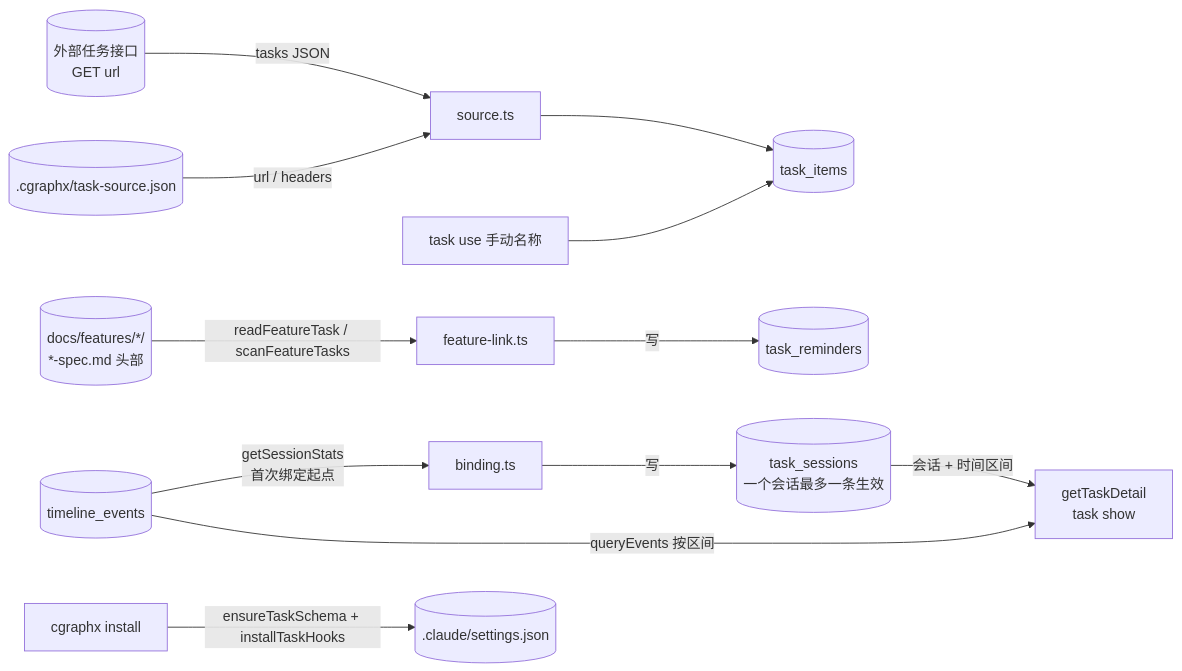
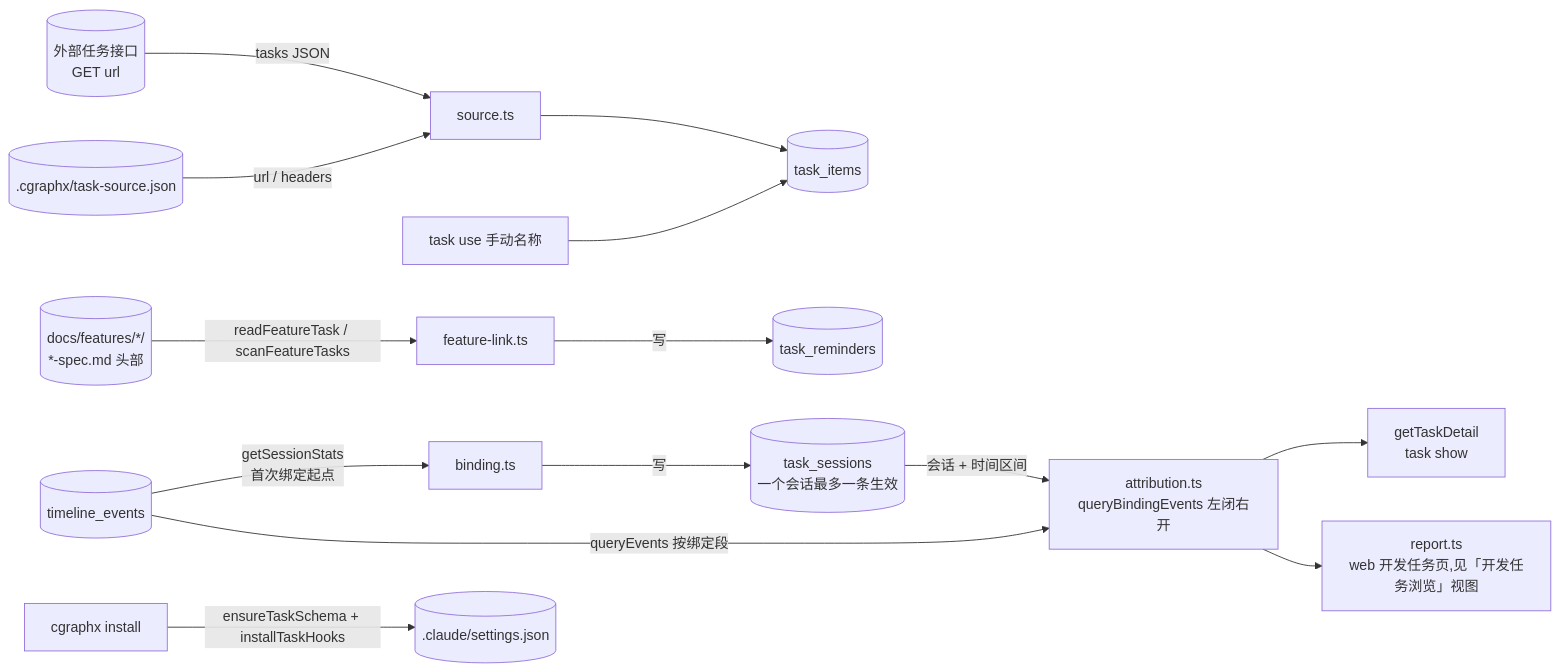
Before and after one commit to smdnkB/cgraphx: the third of 3 diagrams in docs/code-map/flows/开发任务绑定.md, drawn with Mermaid. The commit also changed other lines of this file and 9 other files, not shown here.

First line of the commit message:
docs: 开发任务浏览知识沉淀 + 刷新代码地图

````diff
--- a/docs/code-map/flows/开发任务绑定.md
+++ b/docs/code-map/flows/开发任务绑定.md
@@ -97,14 +98,16 @@
 ```mermaid
 flowchart LR
   api[(外部任务接口<br/>GET url)] -- tasks JSON --> src[source.ts]
   cfg[(.cgraphx/task-source.json)] -- url / headers --> src
   src --> items[(task_items)]
   manual[task use 手动名称] --> items
   bind[binding.ts] -- 写 --> sess[(task_sessions<br/>一个会话最多一条生效)]
   fl[feature-link.ts] -- 写 --> rem[(task_reminders)]
   specs[(docs/features/*/<br/>*-spec.md 头部)] -- readFeatureTask / scanFeatureTasks --> fl
   ev[(timeline_events)] -- getSessionStats<br/>首次绑定起点 --> bind
-  sess -- 会话 + 时间区间 --> show[getTaskDetail<br/>task show]
-  ev -- queryEvents 按区间 --> show
+  sess -- 会话 + 时间区间 --> attr[attribution.ts<br/>queryBindingEvents 左闭右开]
+  ev -- queryEvents 按绑定段 --> attr
+  attr --> show[getTaskDetail<br/>task show]
+  attr --> rep[report.ts<br/>web 开发任务页,见「开发任务浏览」视图]
   inst[cgraphx install] -- ensureTaskSchema + installTaskHooks --> settings[(.claude/settings.json)]
 ```
````
